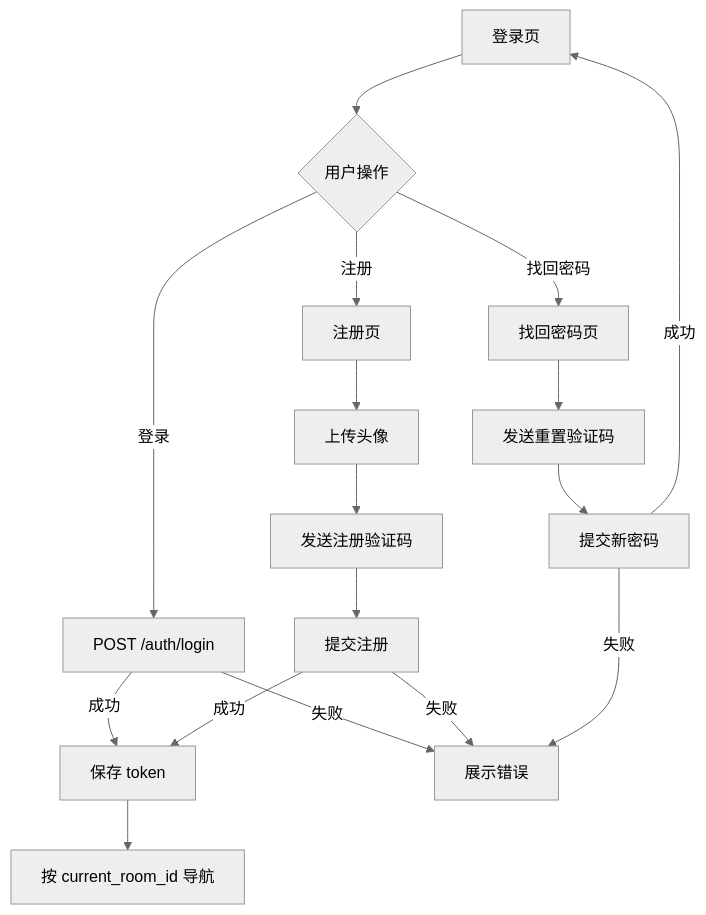
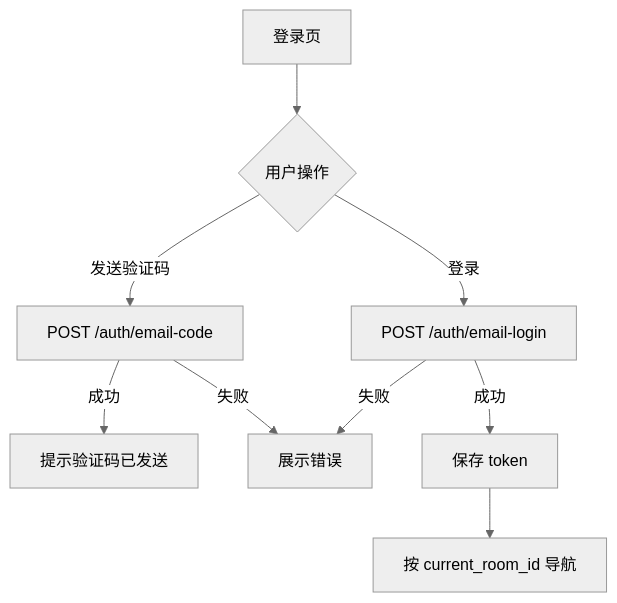
The second of 8 diagrams in docs/客户端逻辑设计.md (DancingCodes/room-app), drawn with Mermaid (neutral theme) before and after one commit. The commit also changed other lines of this file and 9 other files, not shown here.

````diff
--- a/docs/客户端逻辑设计.md
+++ b/docs/客户端逻辑设计.md
@@ -34,22 +24,11 @@
 ```mermaid
 flowchart TD
     A[登录页] --> B{用户操作}
-    B -- 登录 --> C[POST /auth/login]
-    B -- 注册 --> D[注册页]
-    B -- 找回密码 --> E[找回密码页]
-
-    C -- 成功 --> F[保存 token]
-    F --> G[按 current_room_id 导航]
-    C -- 失败 --> H[展示错误]
-
-    D --> I[上传头像]
-    I --> J[发送注册验证码]
-    J --> K[提交注册]
-    K -- 成功 --> F
-    K -- 失败 --> H
-
-    E --> L[发送重置验证码]
-    L --> M[提交新密码]
-    M -- 成功 --> A
-    M -- 失败 --> H
+    B -- 发送验证码 --> C[POST /auth/email-code]
+    C -- 成功 --> D[提示验证码已发送]
+    C -- 失败 --> E[展示错误]
+    B -- 登录 --> F[POST /auth/email-login]
+    F -- 成功 --> G[保存 token]
+    G --> H[按 current_room_id 导航]
+    F -- 失败 --> E
 ```
````
